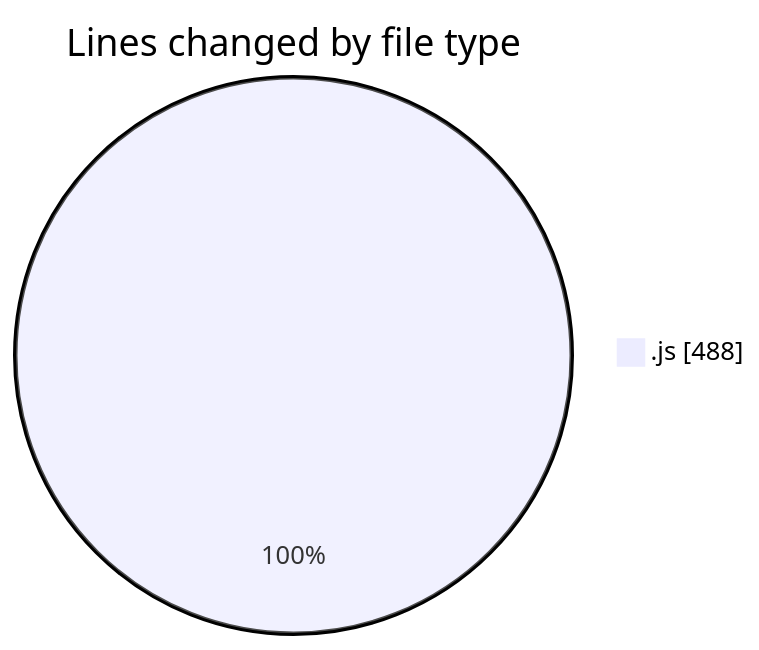
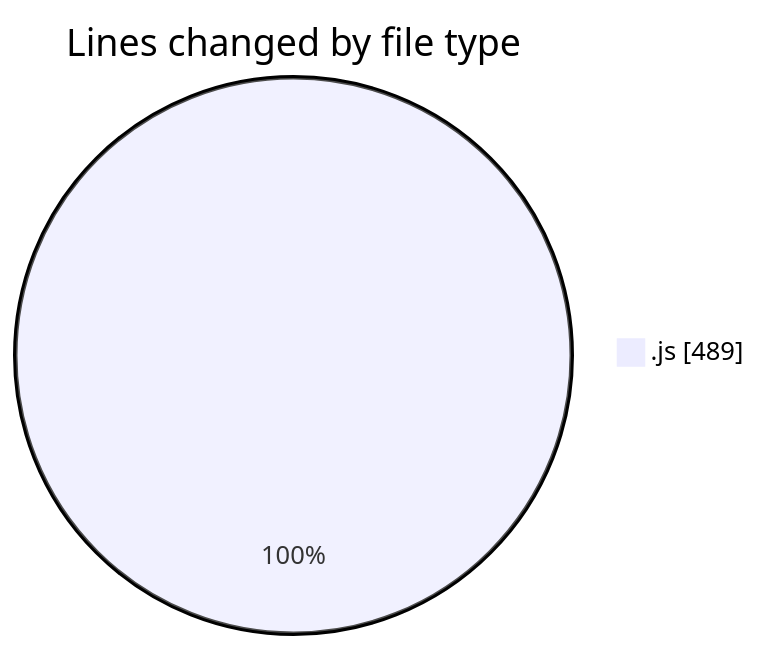
One commit to lephambinh05/code-tracking changed the first of 2 diagrams in 2025-07-10/mail-listener2-0_1_3/README.md. Above: the diagram before and after it, drawn with Mermaid. The commit also changed other lines of this file and 1 other file, not shown here.

````diff
--- a/2025-07-10/mail-listener2-0_1_3/README.md
+++ b/2025-07-10/mail-listener2-0_1_3/README.md
@@ -23,5 +23,5 @@
 ```mermaid
 pie showData
 title Lines changed by file type
-".js" : 488
+".js" : 489
 ```
````
